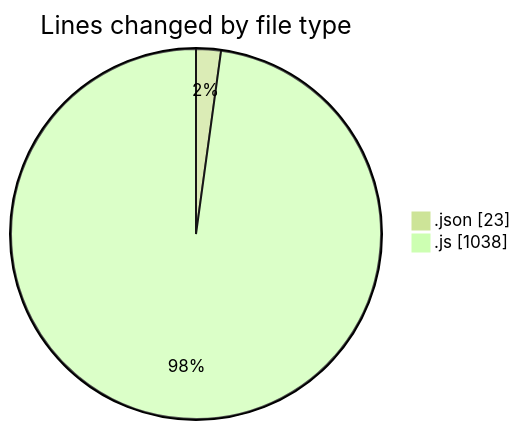
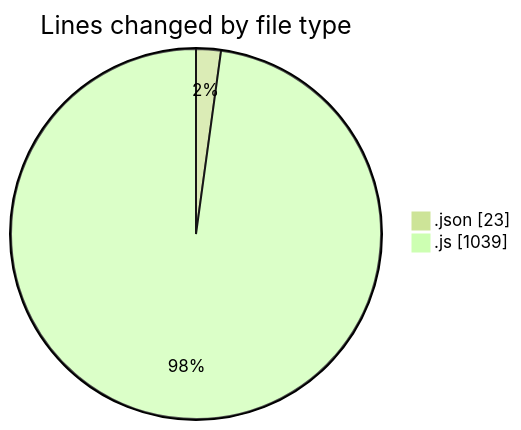
One commit to BS-eng2023/code-tracking changed the first of 2 diagrams in 2025-04-01/jsvms/README.md. Above: the diagram before and after it, drawn with Mermaid (forest theme). The commit also changed other lines of this file and 1 other file, not shown here.

````diff
--- a/2025-04-01/jsvms/README.md
+++ b/2025-04-01/jsvms/README.md
@@ -36,6 +36,6 @@
 ```mermaid
 pie showData
 title Lines changed by file type
 ".json" : 23
-".js" : 1038
+".js" : 1039
 ```
````
